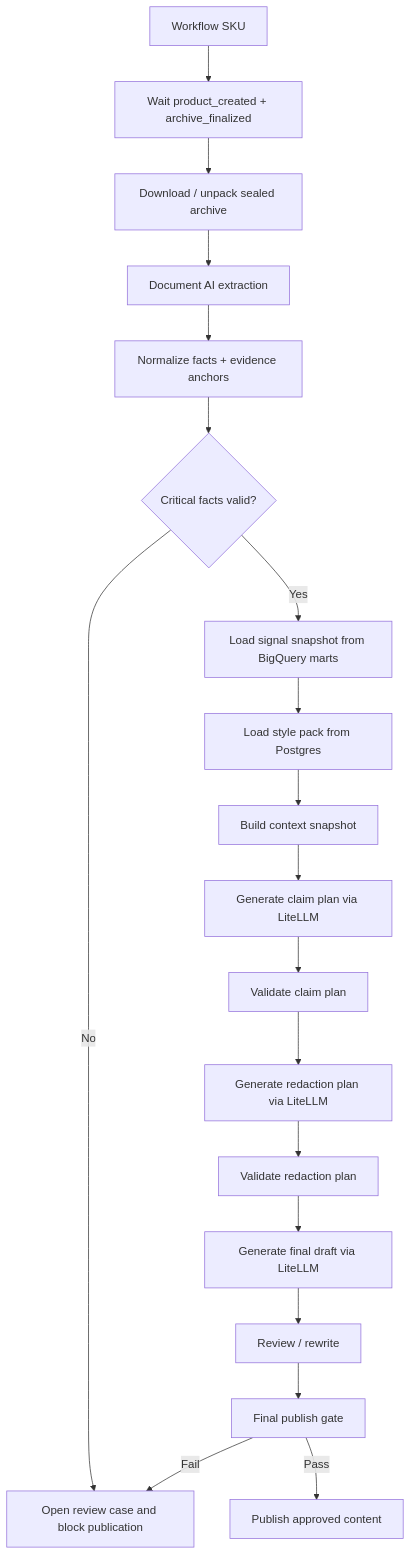
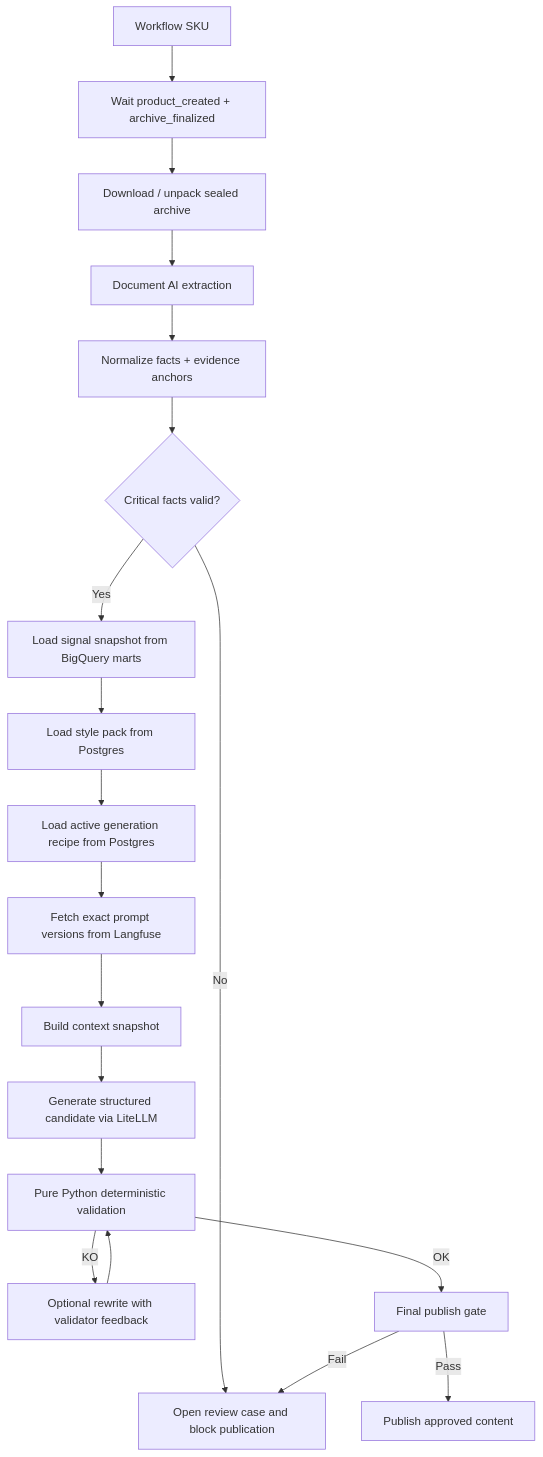
One commit to floriansollami/factory-writer changed the second of 6 diagrams in docs/FINAL_ARCHITECTURE.md. Above: the diagram before and after it, drawn with Mermaid. The commit also changed other lines of this file and 97 other files, not shown here.

````diff
--- a/docs/FINAL_ARCHITECTURE.md
+++ b/docs/FINAL_ARCHITECTURE.md
@@ -346,26 +374,25 @@
 ```mermaid
 flowchart TD
     A["Workflow SKU"] --> B["Wait product_created + archive_finalized"]
     B --> C["Download / unpack sealed archive"]
     C --> D["Document AI extraction"]
     D --> E["Normalize facts + evidence anchors"]
     E --> F{"Critical facts valid?"}
 
     F -- "No" --> G["Open review case and block publication"]
     F -- "Yes" --> H["Load signal snapshot from BigQuery marts"]
     H --> I["Load style pack from Postgres"]
-    I --> J["Build context snapshot"]
+    I --> J["Load active generation recipe from Postgres"]
+    J --> J2["Fetch exact prompt versions from Langfuse"]
+    J2 --> J3["Build context snapshot"]
 
-    J --> K["Generate claim plan via LiteLLM"]
-    K --> L["Validate claim plan"]
+    J3 --> K["Generate structured candidate via LiteLLM"]
+    K --> L["Pure Python deterministic validation"]
 
-    L --> M["Generate redaction plan via LiteLLM"]
-    M --> N["Validate redaction plan"]
-
-    N --> O["Generate final draft via LiteLLM"]
-    O --> P["Review / rewrite"]
-    P --> Q["Final publish gate"]
+    L -- "KO" --> M["Optional rewrite with validator feedback"]
+    M --> L
+    L -- "OK" --> Q["Final publish gate"]
 
     Q -- "Fail" --> G
     Q -- "Pass" --> R["Publish approved content"]
 ```
````
